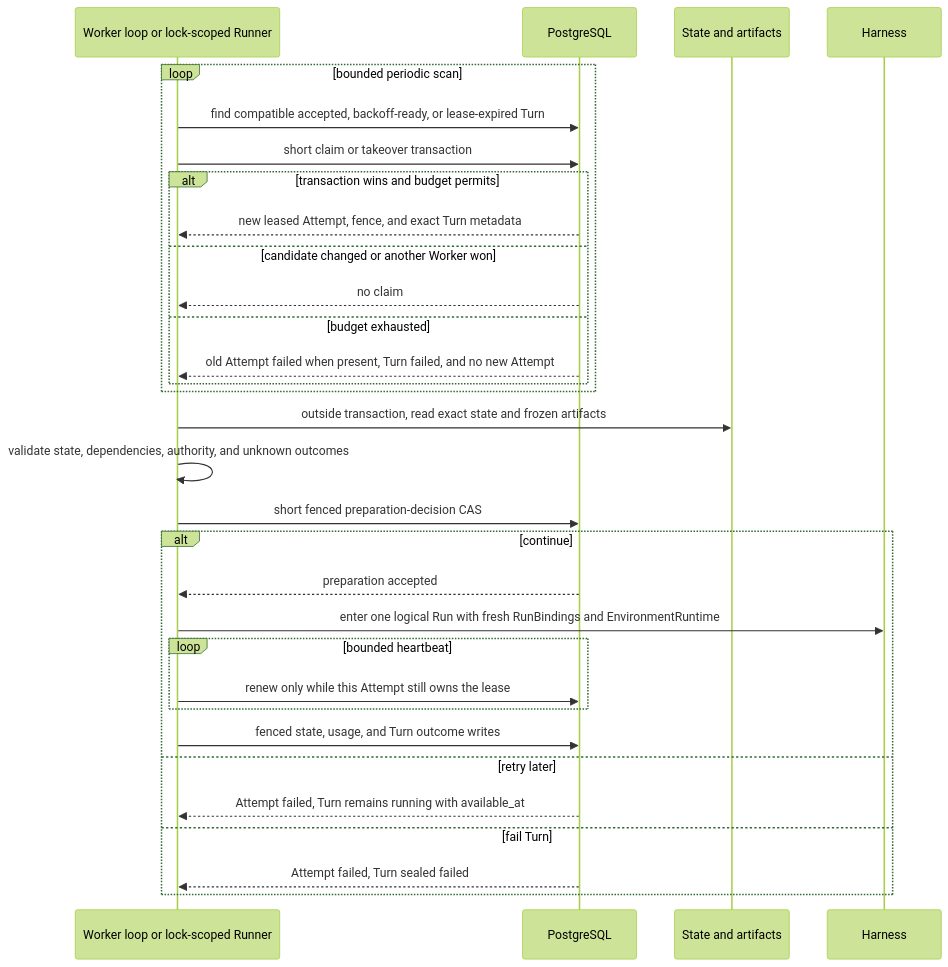
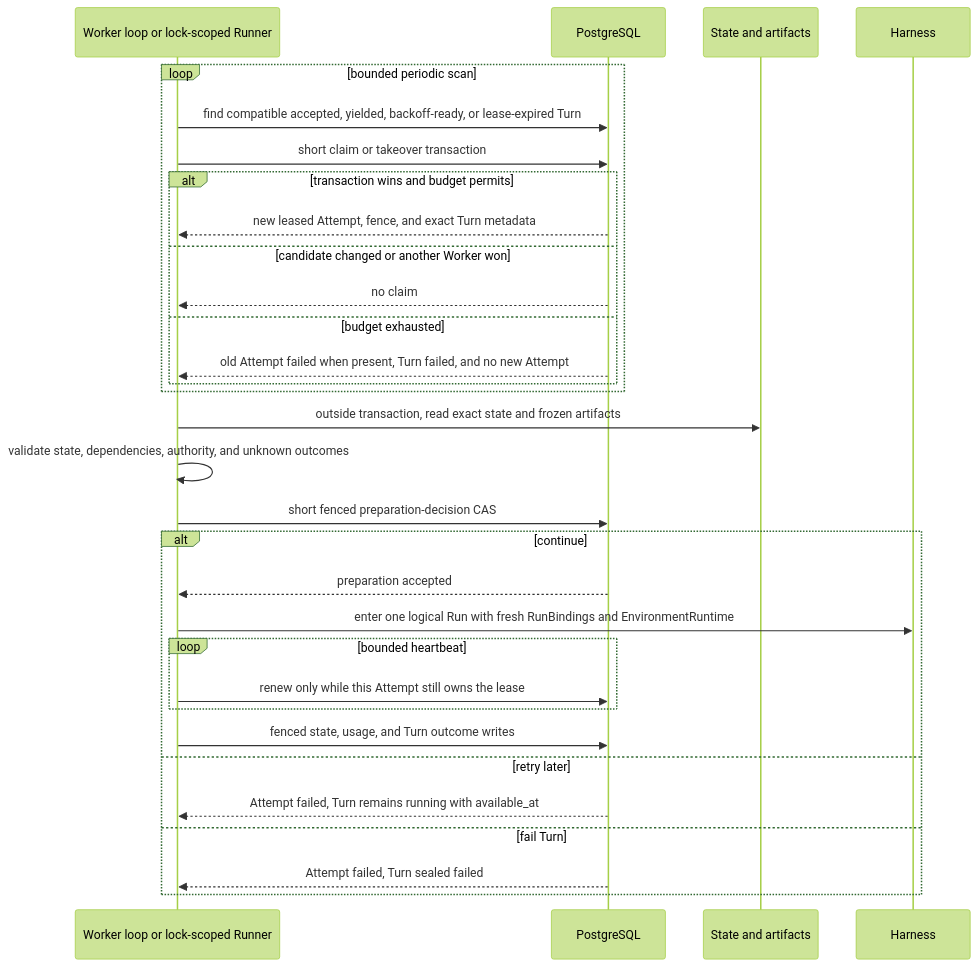
Before and after one commit to LTThreeComma/agent-foundation: the diagram in spec/foundation-service/16-scheduling-workers-and-recovery.md, drawn with Mermaid (forest theme). The commit also changed other lines of this file and 33 other files, not shown here.

````diff
--- a/spec/foundation-service/16-scheduling-workers-and-recovery.md
+++ b/spec/foundation-service/16-scheduling-workers-and-recovery.md
@@ -73,34 +34,34 @@
 ```mermaid
 sequenceDiagram
     participant Executor as Worker loop or lock-scoped Runner
     participant DB as PostgreSQL
     participant Objects as State and artifacts
     participant Harness
 
     loop bounded periodic scan
-        Executor->>DB: find compatible accepted, backoff-ready, or lease-expired Turn
+        Executor->>DB: find compatible accepted, yielded, backoff-ready, or lease-expired Turn
         Executor->>DB: short claim or takeover transaction
         alt transaction wins and budget permits
             DB-->>Executor: new leased Attempt, fence, and exact Turn metadata
         else candidate changed or another Worker won
             DB-->>Executor: no claim
         else budget exhausted
             DB-->>Executor: old Attempt failed when present, Turn failed, and no new Attempt
         end
     end
     Executor->>Objects: outside transaction, read exact state and frozen artifacts
     Executor->>Executor: validate state, dependencies, authority, and unknown outcomes
     Executor->>DB: short fenced preparation-decision CAS
     alt continue
         DB-->>Executor: preparation accepted
         Executor->>Harness: enter one logical Run with fresh RunBindings and EnvironmentRuntime
         loop bounded heartbeat
             Executor->>DB: renew only while this Attempt still owns the lease
         end
         Executor->>DB: fenced state, usage, and Turn outcome writes
     else retry later
         DB-->>Executor: Attempt failed, Turn remains running with available_at
     else fail Turn
         DB-->>Executor: Attempt failed, Turn sealed failed
     end
 ```
````
